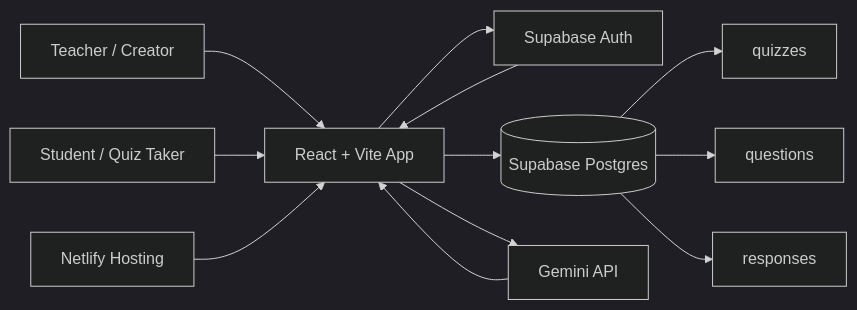
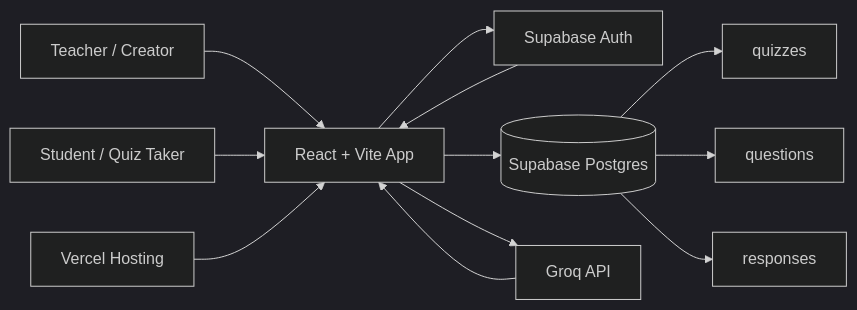
The diagram in README.md (dhineshbuilder/6ixQuest), drawn with Mermaid (dark theme) before and after one commit. The commit also changed other lines of this file and 6 other files, not shown here.

Commit message:
Prepare Groq app for Vercel deployment

````diff
--- a/README.md
+++ b/README.md
@@ -55,18 +55,18 @@
 ```mermaid
 flowchart LR
   Creator[Teacher / Creator] --> UI[React + Vite App]
   Student[Student / Quiz Taker] --> UI
 
   UI --> Auth[Supabase Auth]
   UI --> DB[(Supabase Postgres)]
-  UI --> AI[Gemini API]
+  UI --> AI[Groq API]
 
   Auth --> UI
   AI --> UI
 
   DB --> Quizzes[quizzes]
   DB --> Questions[questions]
   DB --> Responses[responses]
 
-  Netlify[Netlify Hosting] --> UI
+  Vercel[Vercel Hosting] --> UI
 ```
````
